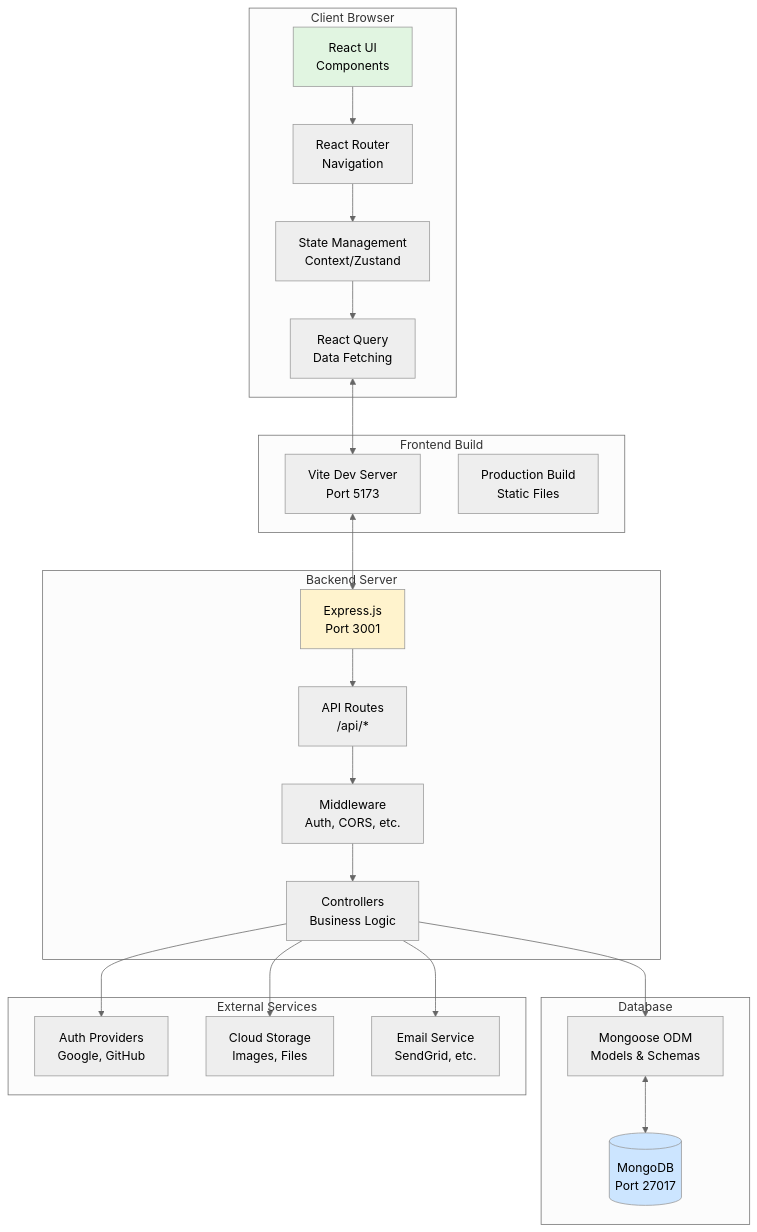
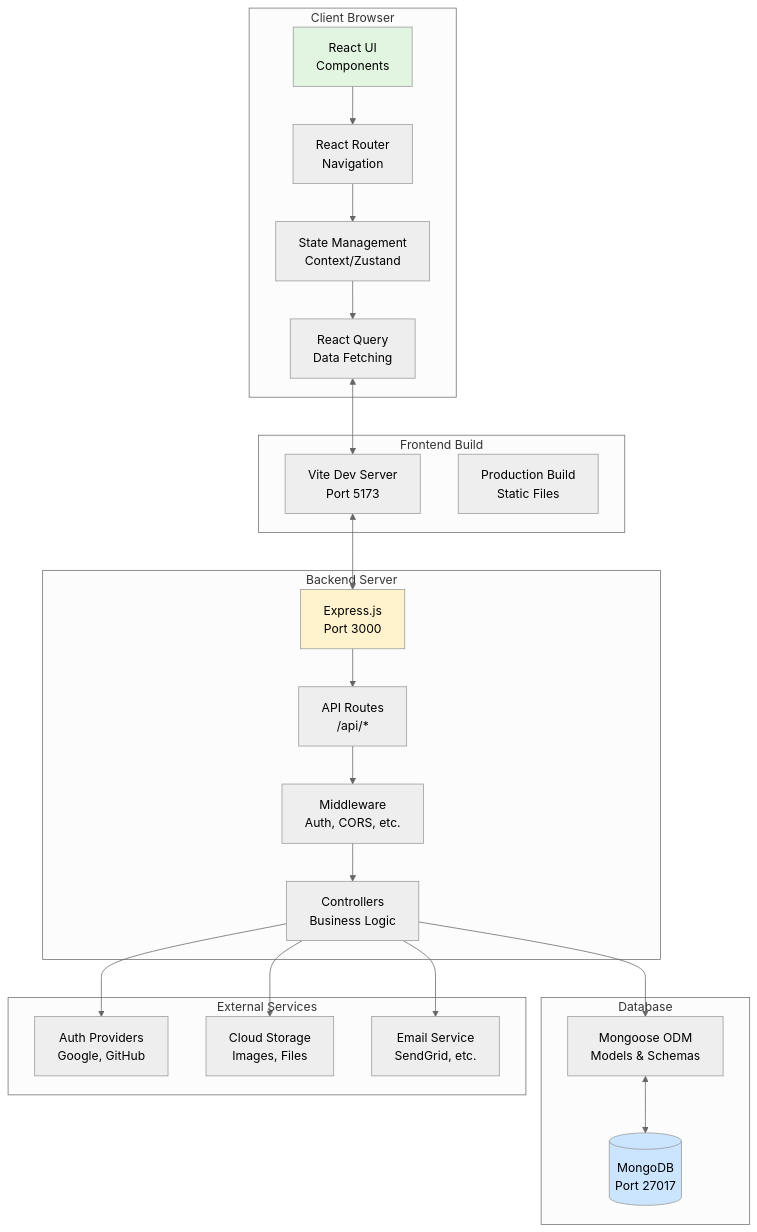
One commit to longndt/react-course changed the first of 14 diagrams in diagrams/project_architecture.md. Above: the diagram before and after it, drawn with Mermaid (neutral theme). The commit also changed other lines of this file and 6 other files, not shown here.

````diff
--- a/diagrams/project_architecture.md
+++ b/diagrams/project_architecture.md
@@ -5,53 +5,53 @@
 ```mermaid
 graph TB
     subgraph Client Browser
         UI[React UI<br/>Components]
         Router[React Router<br/>Navigation]
         State[State Management<br/>Context/Zustand]
         Query[React Query<br/>Data Fetching]
     end
 
     subgraph Frontend Build
         Vite[Vite Dev Server<br/>Port 5173]
         Build[Production Build<br/>Static Files]
     end
 
     subgraph Backend Server
-        Express[Express.js<br/>Port 3001]
+        Express[Express.js<br/>Port 3000]
         Routes[API Routes<br/>/api/*]
         Middleware[Middleware<br/>Auth, CORS, etc.]
         Controllers[Controllers<br/>Business Logic]
     end
 
     subgraph Database
         MongoDB[(MongoDB<br/>Port 27017)]
         Mongoose[Mongoose ODM<br/>Models & Schemas]
     end
 
     subgraph External Services
         Auth[Auth Providers<br/>Google, GitHub]
         Storage[Cloud Storage<br/>Images, Files]
         Email[Email Service<br/>SendGrid, etc.]
     end
 
     UI --> Router
     Router --> State
     State --> Query
     Query <--> Vite
 
     Vite <--> Express
 
     Express --> Routes
     Routes --> Middleware
     Middleware --> Controllers
     Controllers --> Mongoose
     Mongoose <--> MongoDB
 
     Controllers --> Auth
     Controllers --> Storage
     Controllers --> Email
 
     style UI fill:#e1f5e1
     style Express fill:#fff3cd
     style MongoDB fill:#cce5ff
 ```
````
